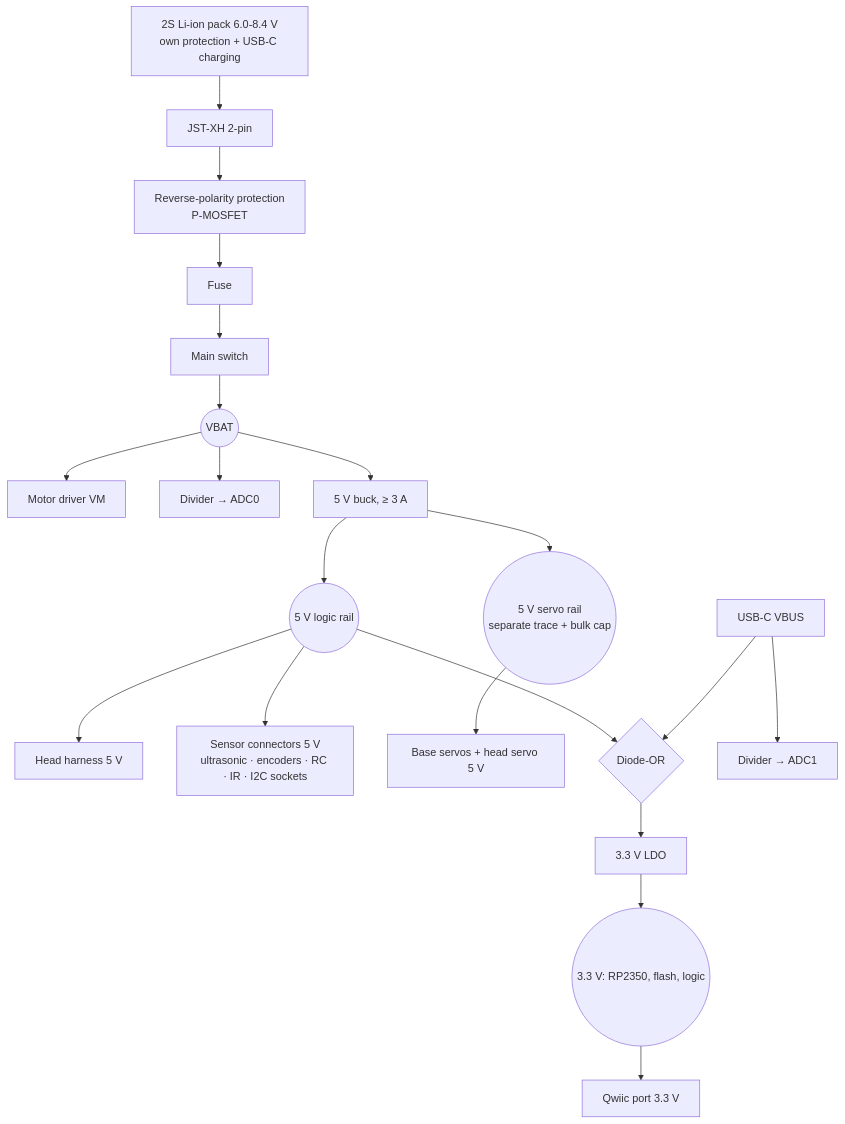
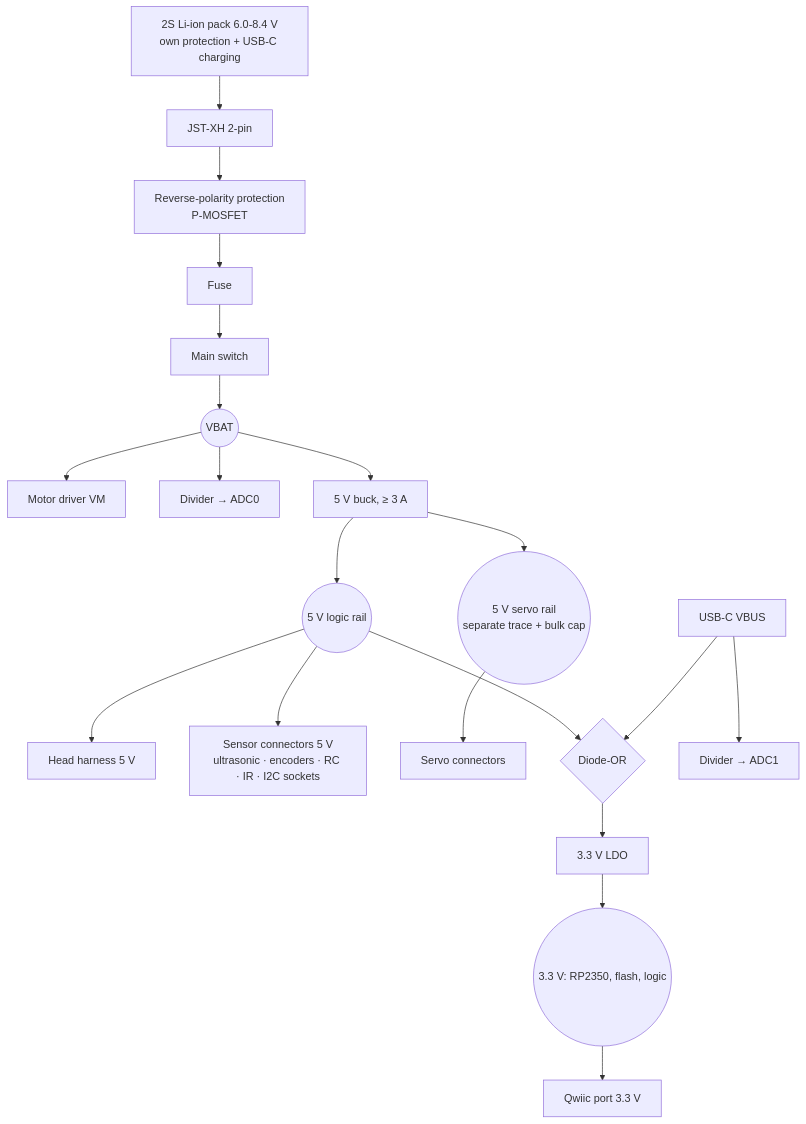
One commit to mannuray/conqueror changed the second of 2 diagrams in docs/superpowers/specs/2026-10-14-06-base-board-design.md. Above: the diagram before and after it, drawn with Mermaid. The commit also changed other lines of this file and 1 other file, not shown here.

Commit message:
docs(spec): base board - servos only on the base, 4-wire head harness (head servo pins dropped)

````diff
--- a/docs/superpowers/specs/2026-10-14-06-base-board-design.md
+++ b/docs/superpowers/specs/2026-10-14-06-base-board-design.md
@@ -106,22 +105,22 @@
 ```mermaid
 flowchart TB
   PACK[2S Li-ion pack 6.0-8.4 V<br/>own protection + USB-C charging] --> CON[JST-XH 2-pin]
   CON --> RP[Reverse-polarity protection<br/>P-MOSFET]
   RP --> FUSE[Fuse]
   FUSE --> SW[Main switch]
   SW --> VBAT((VBAT))
   VBAT --> MD[Motor driver VM]
   VBAT --> DIV[Divider → ADC0]
   VBAT --> BUCK[5 V buck, ≥ 3 A]
   BUCK --> V5L((5 V logic rail))
   BUCK --> V5S((5 V servo rail<br/>separate trace + bulk cap))
   V5L --> HEADV[Head harness 5 V]
   V5L --> SENS5[Sensor connectors 5 V<br/>ultrasonic · encoders · RC · IR · I2C sockets]
-  V5S --> SERVOS[Base servos + head servo 5 V]
+  V5S --> SERVOS[Servo connectors]
   V5L --> OR{Diode-OR}
   USB[USB-C VBUS] --> OR
   OR --> LDO[3.3 V LDO]
   LDO --> V33((3.3 V: RP2350, flash, logic))
   V33 --> QW[Qwiic port 3.3 V]
   USB --> VDIV[Divider → ADC1]
 ```
````
